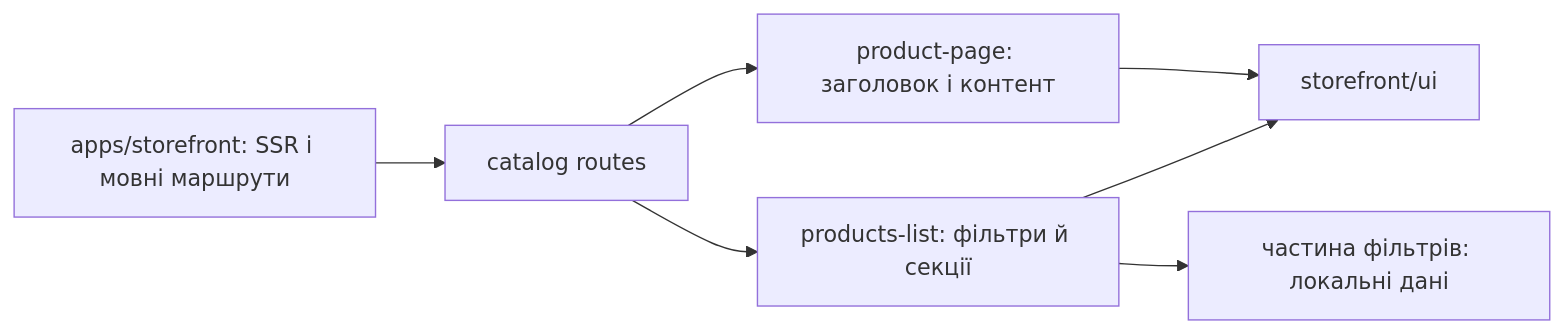
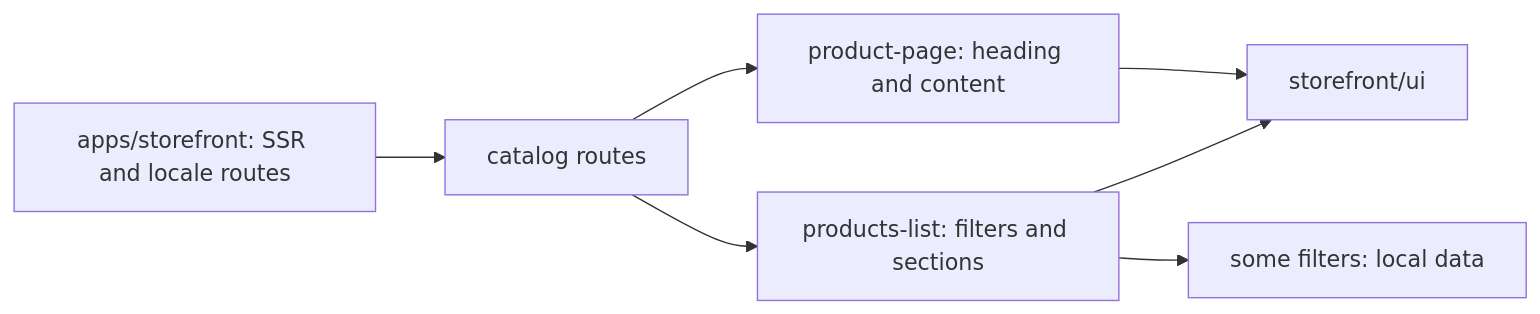
One commit to Weretik/brevi-web changed the diagram in docs/features/storefront/catalog.md. Above: the diagram before and after it, drawn with Mermaid. The commit also changed other lines of this file and 52 other files, not shown here.

Commit message:
docs(frontend): reconcile architecture and feature guidance

````diff
--- a/docs/features/storefront/catalog.md
+++ b/docs/features/storefront/catalog.md
@@ -9,9 +15,9 @@
 ```mermaid
 flowchart LR
-  App["apps/storefront: SSR і мовні маршрути"] --> Routes["catalog routes"]
-  Routes --> List["products-list: фільтри й секції"]
-  Routes --> Product["product-page: заголовок і контент"]
+  App["apps/storefront: SSR and locale routes"] --> Routes["catalog routes"]
+  Routes --> List["products-list: filters and sections"]
+  Routes --> Product["product-page: heading and content"]
   List --> UI["storefront/ui"]
   Product --> UI
-  List --> Local["частина фільтрів: локальні дані"]
+  List --> Local["some filters: local data"]
 ```
````
